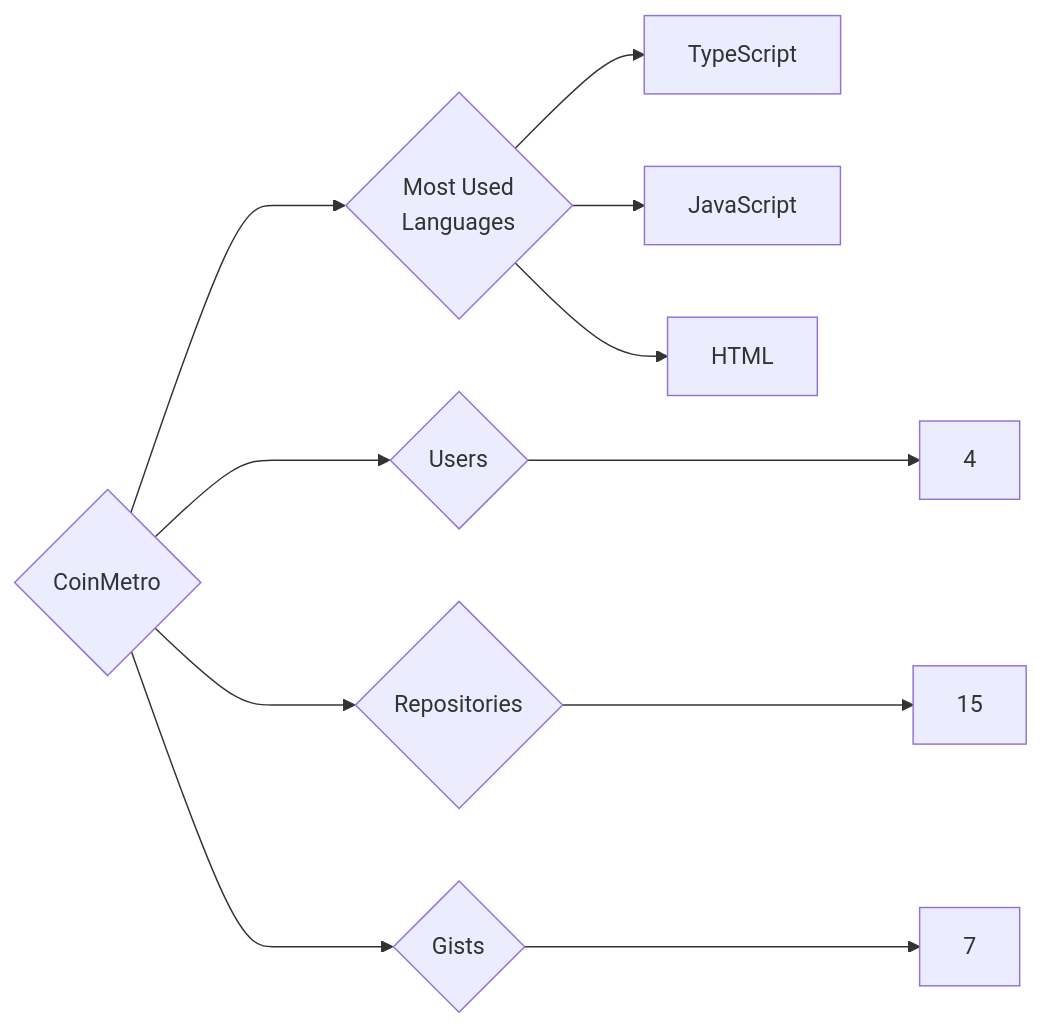
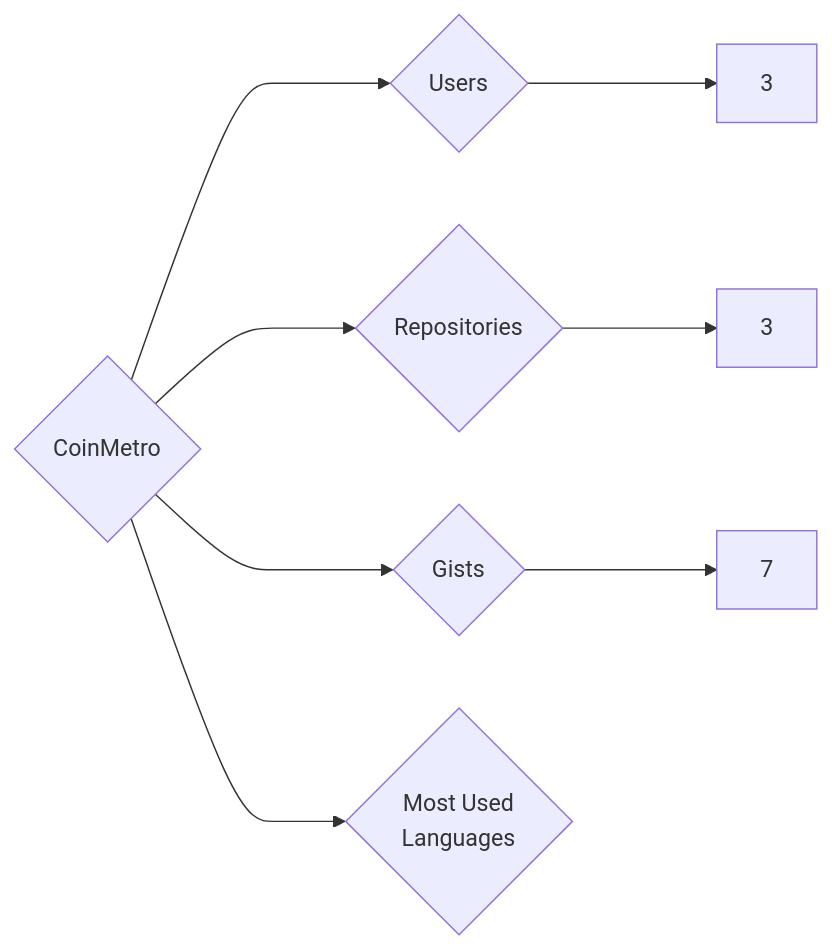
The diagram in targets/CoinMetro/README.md (trickest/insiders), drawn with Mermaid before and after one commit. The commit also changed 1007 other files, not shown here.

````diff
--- a/targets/CoinMetro/README.md
+++ b/targets/CoinMetro/README.md
@@ -3,11 +3,8 @@
 ```mermaid
 graph LR
 COMPANY_NAME{CoinMetro}
-COMPANY_NAME ---> U{Users} ---> UN[4]
-COMPANY_NAME ---> R{Repositories} ---> RN[15]
+COMPANY_NAME ---> U{Users} ---> UN[3]
+COMPANY_NAME ---> R{Repositories} ---> RN[3]
 COMPANY_NAME ---> G{Gists} ---> GN[7]
 COMPANY_NAME ---> ML{Most Used<br>Languages}
-ML --> TypeScript[TypeScript]
-ML --> JavaScript[JavaScript]
-ML --> HTML[HTML]
 ```
````
